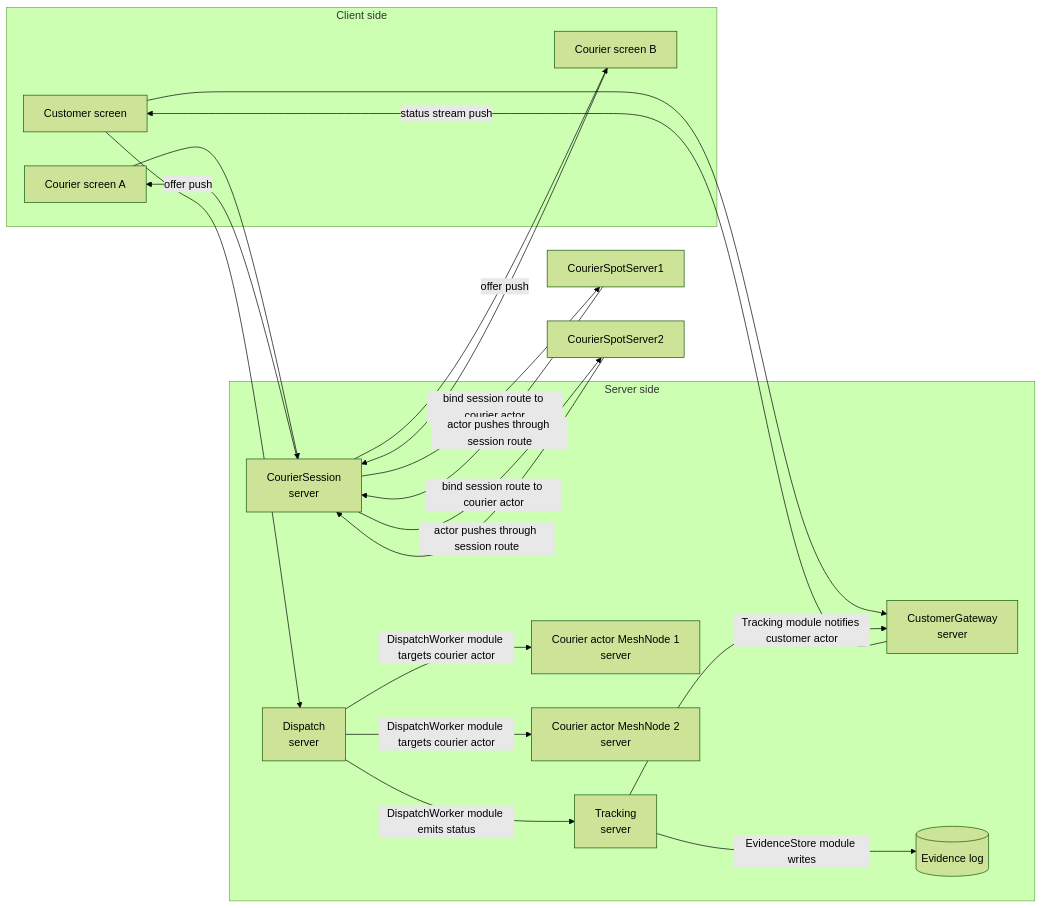
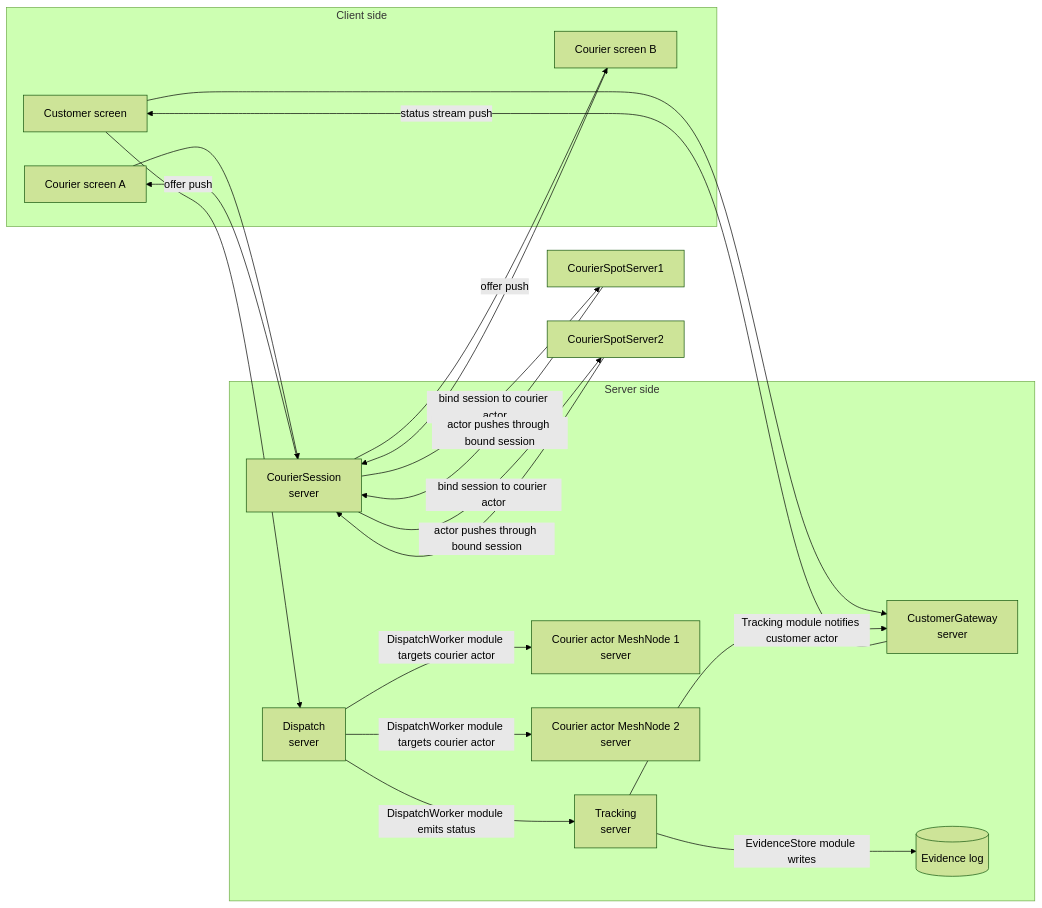
The second of 5 diagrams in framework/doc/framework/common/sample/deliverydispatch/README.ko.md (kairos-code-dev/zlink), drawn with Mermaid (forest theme) before and after one commit. The commit also changed other lines of this file and 1160 other files, not shown here.

````diff
--- a/framework/doc/framework/common/sample/deliverydispatch/README.ko.md
+++ b/framework/doc/framework/common/sample/deliverydispatch/README.ko.md
@@ -141,38 +141,38 @@
 ```mermaid
 flowchart LR
     subgraph ClientSide[Client side]
         Customer[Customer screen]
         CourierClientA[Courier screen A]
         CourierClientB[Courier screen B]
     end
 
     subgraph ServerSide[Server side]
         DispatchServer["Dispatch<br/>server"]
         CourierSessionServer["CourierSession<br/>server"]
         CourierActorServer1["Courier actor MeshNode 1<br/>server"]
         CourierActorServer2["Courier actor MeshNode 2<br/>server"]
         CustomerGatewayServer["CustomerGateway<br/>server"]
         TrackingServer["Tracking<br/>server"]
         Evidence[(Evidence log)]
     end
 
     Customer --> DispatchServer
     Customer --> CustomerGatewayServer
     CourierClientA --> CourierSessionServer
     CourierClientB --> CourierSessionServer
 
     DispatchServer -->|DispatchWorker module targets courier actor| CourierActorServer1
     DispatchServer -->|DispatchWorker module targets courier actor| CourierActorServer2
     DispatchServer -->|DispatchWorker module emits status| TrackingServer
 
-    CourierSessionServer -->|bind session route to courier actor| CourierSpotServer1
-    CourierSessionServer -->|bind session route to courier actor| CourierSpotServer2
-    CourierSpotServer1 -->|actor pushes through session route| CourierSessionServer
-    CourierSpotServer2 -->|actor pushes through session route| CourierSessionServer
+    CourierSessionServer -->|bind session to courier actor| CourierSpotServer1
+    CourierSessionServer -->|bind session to courier actor| CourierSpotServer2
+    CourierSpotServer1 -->|actor pushes through bound session| CourierSessionServer
+    CourierSpotServer2 -->|actor pushes through bound session| CourierSessionServer
     CourierSessionServer -->|offer push| CourierClientA
     CourierSessionServer -->|offer push| CourierClientB
 
     TrackingServer -->|EvidenceStore module writes| Evidence
     TrackingServer -->|Tracking module notifies customer actor| CustomerGatewayServer
     CustomerGatewayServer -->|status stream push| Customer
 ```
````
